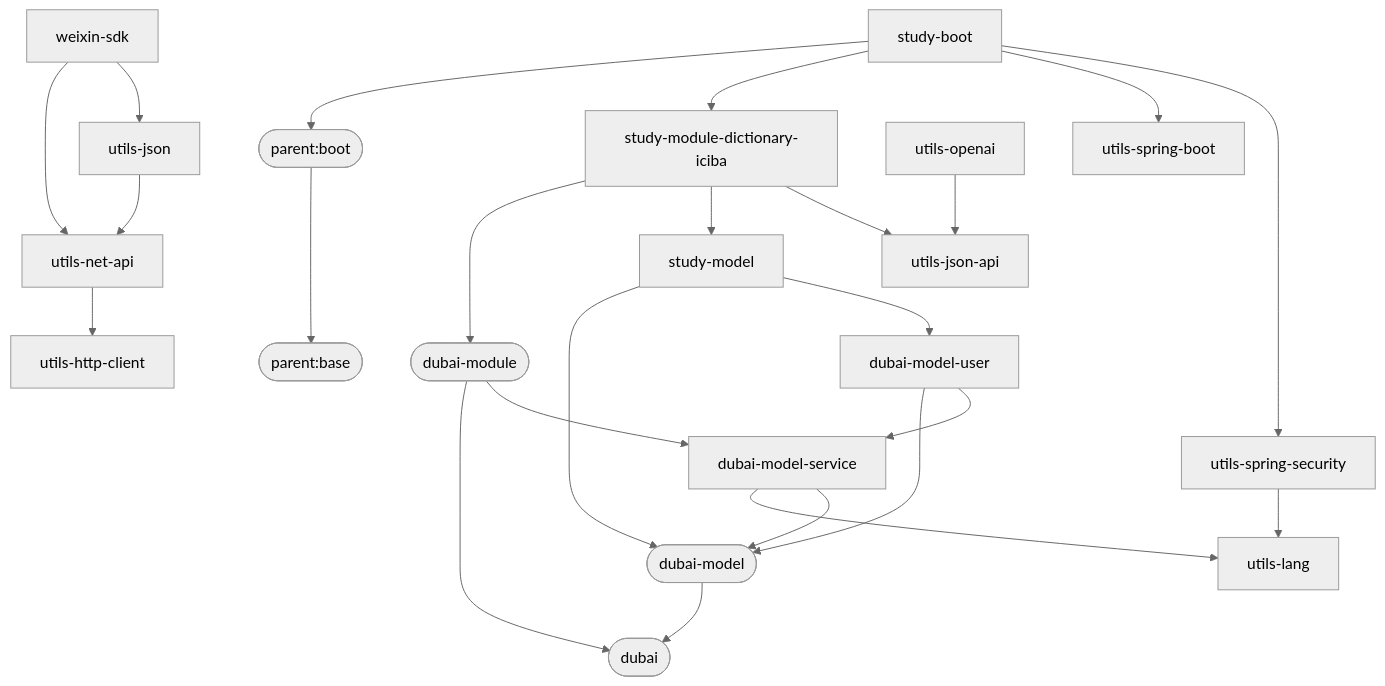
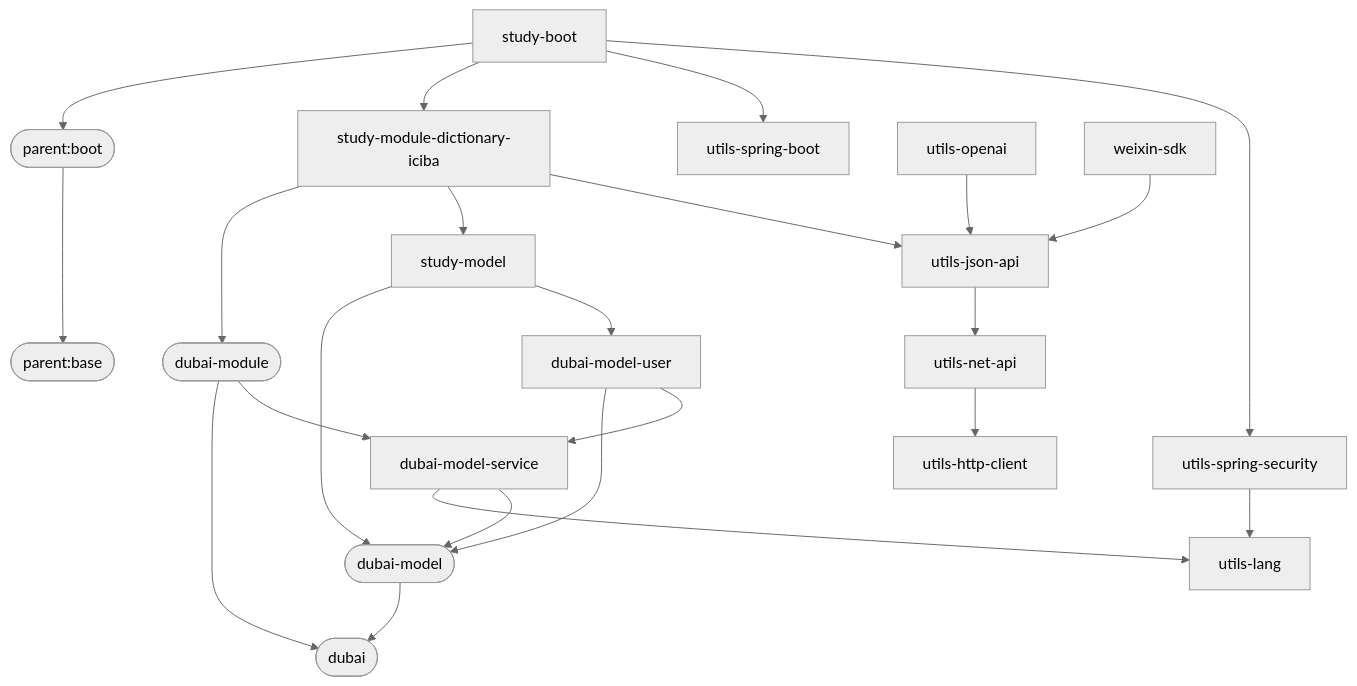
Before and after one commit to dbstarll/dbstarll.github.io: the diagram in README.md, drawn with Mermaid (neutral theme). The commit also changed other lines of this file, not shown here.

Commit message:
utils-json改名为utils-json-api

````diff
--- a/README.md
+++ b/README.md
@@ -21,38 +20,37 @@
 ```mermaid
 graph TD;
     parent.base([parent:base]);
     parent.boot([parent:boot])--->parent.base;
 
     utils-spring-security-->utils-lang;
 
     utils-net-api-->utils-http-client;
 
-    utils-json-->utils-net-api;
+    utils-json-api-->utils-net-api;
 
     dubai([dubai]);
     dubai-model([dubai-model])-->dubai;
     dubai-model-service-->utils-lang;
     dubai-model-service-->dubai-model;
     dubai-module([dubai-module])-->dubai;
     dubai-module-->dubai-model-service;
     
     dubai-model-user-->dubai-model;
     dubai-model-user-->dubai-model-service;
 
     study-module-dictionary-iciba-->dubai-module;
     study-module-dictionary-iciba-->study-model;
     study-module-dictionary-iciba-->utils-json-api;
 
     study-model-->dubai-model;
     study-model-->dubai-model-user;
 
     study-boot-->parent.boot;
     study-boot-->study-module-dictionary-iciba;
     study-boot-->utils-spring-boot;
     study-boot-->utils-spring-security;
 
     utils-openai-->utils-json-api;
 
-    weixin-sdk-->utils-net-api;
-    weixin-sdk-->utils-json;
+    weixin-sdk-->utils-json-api;
 ```
````
